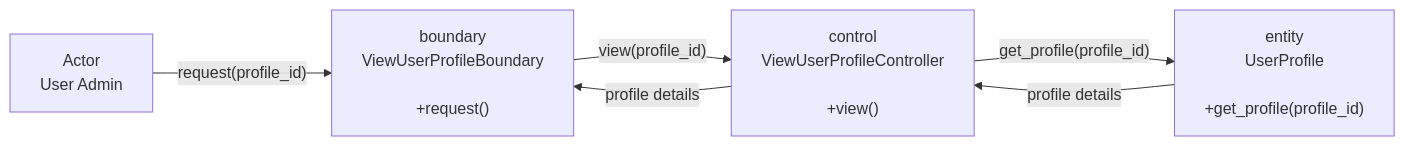
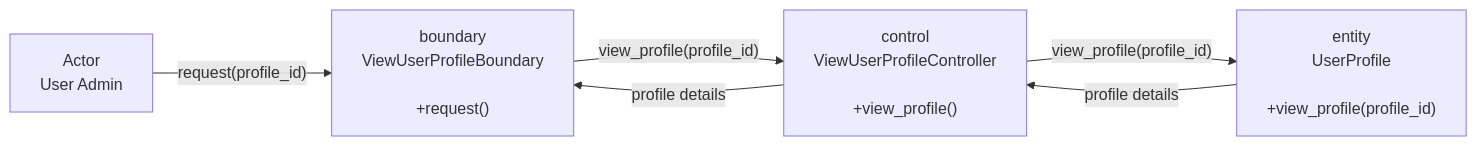
Before and after one commit to boyinapuddle/CSIT314-Chinese: the first of 2 diagrams in diagrams/US02_View_User_Profile/README.md, drawn with Mermaid. The commit also changed other lines of this file and 140 other files, not shown here.

Commit message:
made controller and entity method names the same

````diff
--- a/diagrams/US02_View_User_Profile/README.md
+++ b/diagrams/US02_View_User_Profile/README.md
@@ -5,12 +5,12 @@
 ```mermaid
 flowchart LR
     N0["Actor<br/>User Admin"]
     N1["boundary<br/>ViewUserProfileBoundary<br/><br/>+request()"]
-    N2["control<br/>ViewUserProfileController<br/><br/>+view()"]
-    N3["entity<br/>UserProfile<br/><br/>+get_profile(profile_id)"]
+    N2["control<br/>ViewUserProfileController<br/><br/>+view_profile()"]
+    N3["entity<br/>UserProfile<br/><br/>+view_profile(profile_id)"]
     N0 -->|"request(profile_id)"| N1
-    N1 -->|"view(profile_id)"| N2
-    N2 -->|"get_profile(profile_id)"| N3
+    N1 -->|"view_profile(profile_id)"| N2
+    N2 -->|"view_profile(profile_id)"| N3
     N3 -->|"profile details"| N2
     N2 -->|"profile details"| N1
 ```
````
